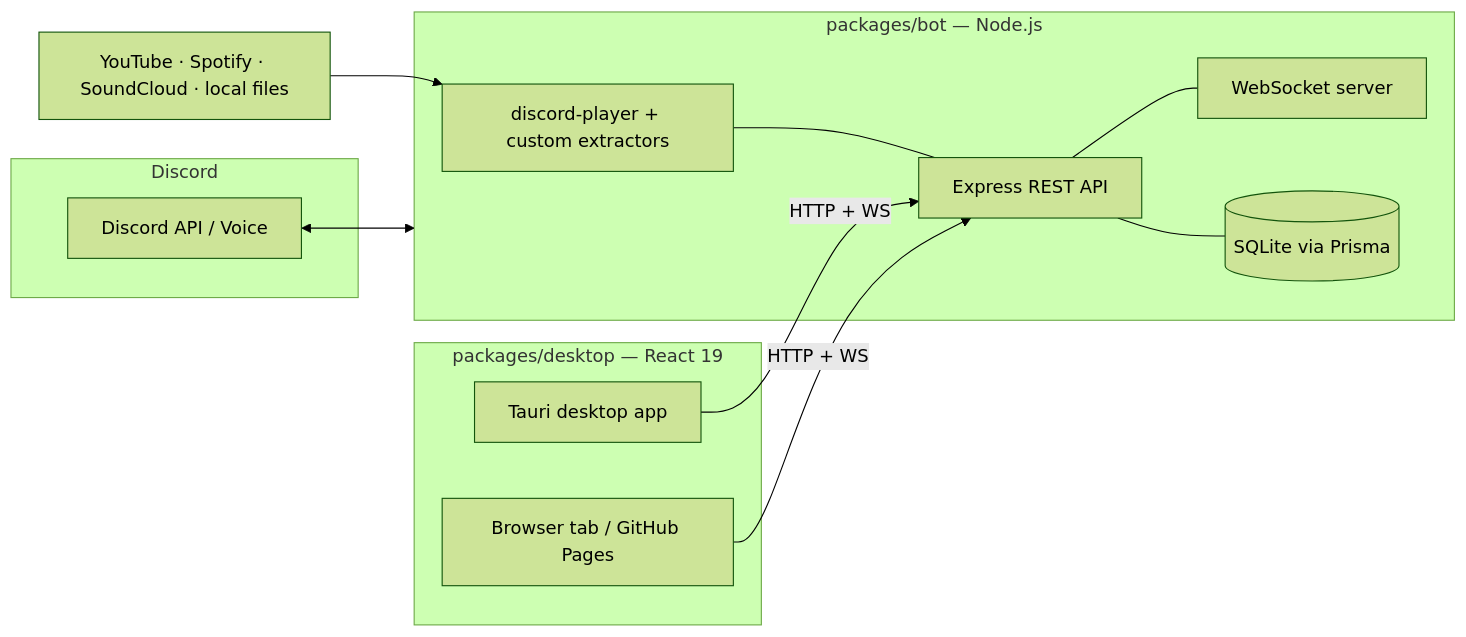
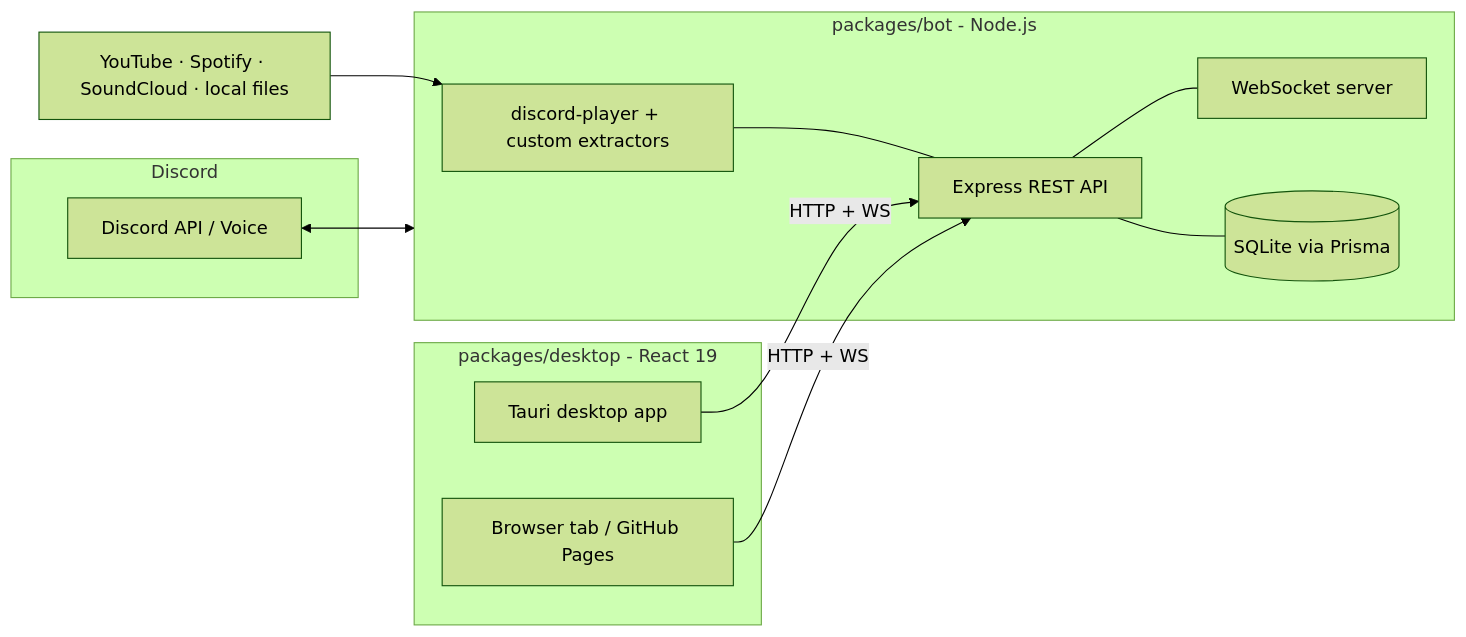
Before and after one commit to ChristopherVR/DownUnderDiscordBot: the diagram in README.md, drawn with Mermaid (forest theme). The commit also changed other lines of this file and 3 other files, not shown here.

````diff
--- a/README.md
+++ b/README.md
@@ -44,26 +44,26 @@
 ```mermaid
 flowchart LR
     subgraph Discord
         D[Discord API / Voice]
     end
 
-    subgraph Bot["packages/bot — Node.js"]
+    subgraph Bot["packages/bot - Node.js"]
         P[discord-player + custom extractors]
         API[Express REST API]
         WS[WebSocket server]
         DB[(SQLite via Prisma)]
         P --- API
         API --- WS
         API --- DB
     end
 
-    subgraph Dashboard["packages/desktop — React 19"]
+    subgraph Dashboard["packages/desktop - React 19"]
         T[Tauri desktop app]
         B[Browser tab / GitHub Pages]
     end
 
     YT[YouTube · Spotify · SoundCloud · local files] --> P
     D <--> Bot
     T -- "HTTP + WS" --> API
     B -- "HTTP + WS" --> API
 ```
````
